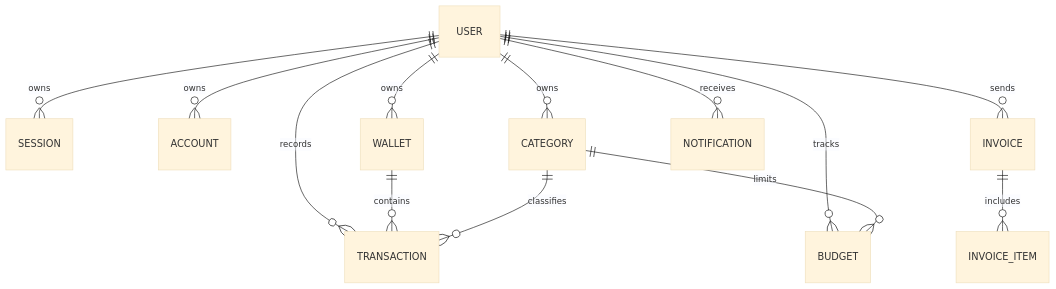
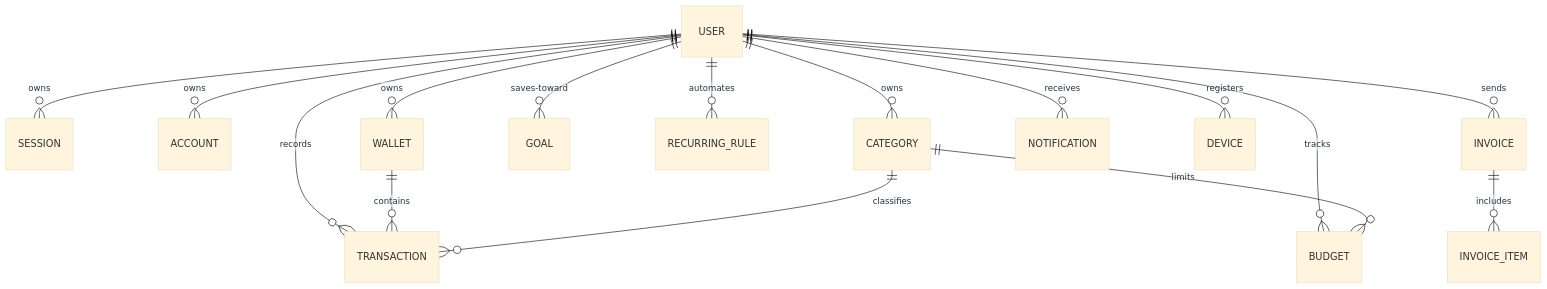
Before and after one commit to Cleverprogramer/flowpay: the diagram in README.md, drawn with Mermaid (base theme). The commit also changed other lines of this file and 1 other file, not shown here.

````diff
--- a/README.md
+++ b/README.md
@@ -218,15 +230,18 @@
 ```mermaid
 erDiagram
     USER ||--o{ SESSION : owns
     USER ||--o{ ACCOUNT : owns
     USER ||--o{ WALLET : owns
     USER ||--o{ CATEGORY : owns
     USER ||--o{ TRANSACTION : records
     USER ||--o{ BUDGET : tracks
+    USER ||--o{ GOAL : saves-toward
+    USER ||--o{ RECURRING_RULE : automates
     USER ||--o{ INVOICE : sends
     USER ||--o{ NOTIFICATION : receives
+    USER ||--o{ DEVICE : registers
     WALLET ||--o{ TRANSACTION : contains
     CATEGORY ||--o{ TRANSACTION : classifies
     CATEGORY ||--o{ BUDGET : limits
     INVOICE ||--o{ INVOICE_ITEM : includes
 ```
````
